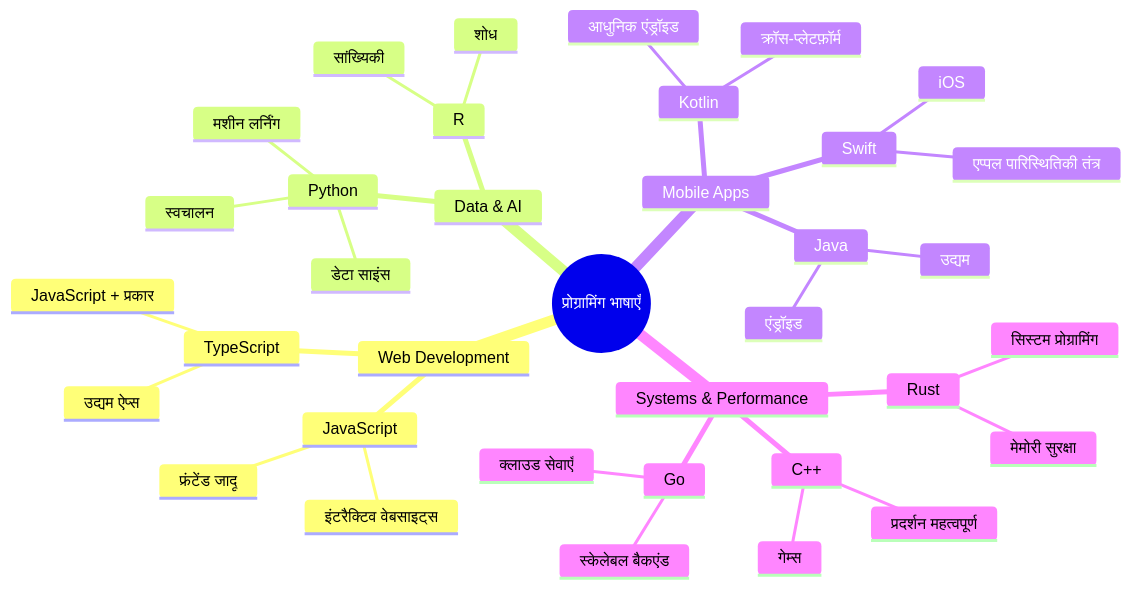
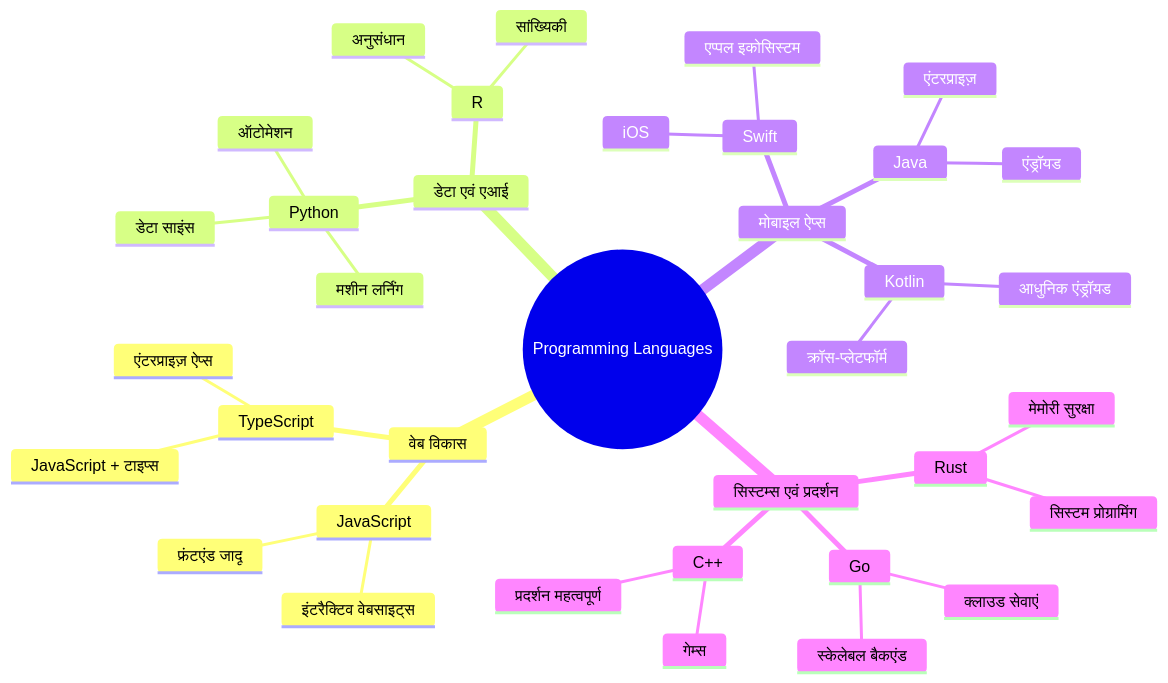
Before and after one commit to microsoft/Web-Dev-For-Beginners: the second of 7 diagrams in translations/hi/1-getting-started-lessons/1-intro-to-programming-languages/README.md, drawn with Mermaid. The commit also changed other lines of this file and 8 other files, not shown here.

````diff
--- a/translations/hi/1-getting-started-lessons/1-intro-to-programming-languages/README.md
+++ b/translations/hi/1-getting-started-lessons/1-intro-to-programming-languages/README.md
@@ -85,39 +85,39 @@
 ```mermaid
 mindmap
-  root((प्रोग्रामिंग भाषाएँ))
-    Web Development
+  root((Programming Languages))
+    वेब विकास
       JavaScript
-        फ्रंटेंड जादू
+        फ्रंटएंड जादू
         इंटरैक्टिव वेबसाइट्स
       TypeScript
-        JavaScript + प्रकार
-        उद्यम ऐप्स
-    Data & AI
+        JavaScript + टाइप्स
+        एंटरप्राइज़ ऐप्स
+    डेटा एवं एआई
       Python
         डेटा साइंस
         मशीन लर्निंग
-        स्वचालन
+        ऑटोमेशन
       R
         सांख्यिकी
-        शोध
-    Mobile Apps
+        अनुसंधान
+    मोबाइल ऐप्स
       Java
-        एंड्रॉइड
-        उद्यम
+        एंड्रॉयड
+        एंटरप्राइज़
       Swift
         iOS
-        एप्पल पारिस्थितिकी तंत्र
+        एप्पल इकोसिस्टम
       Kotlin
-        आधुनिक एंड्रॉइड
-        क्रॉस-प्लेटफ़ॉर्म
-    Systems & Performance
+        आधुनिक एंड्रॉयड
+        क्रॉस-प्लेटफॉर्म
+    सिस्टम्स एवं प्रदर्शन
       C++
         गेम्स
         प्रदर्शन महत्वपूर्ण
       Rust
         मेमोरी सुरक्षा
         सिस्टम प्रोग्रामिंग
       Go
-        क्लाउड सेवाएँ
+        क्लाउड सेवाएं
         स्केलेबल बैकएंड
 ```
````
